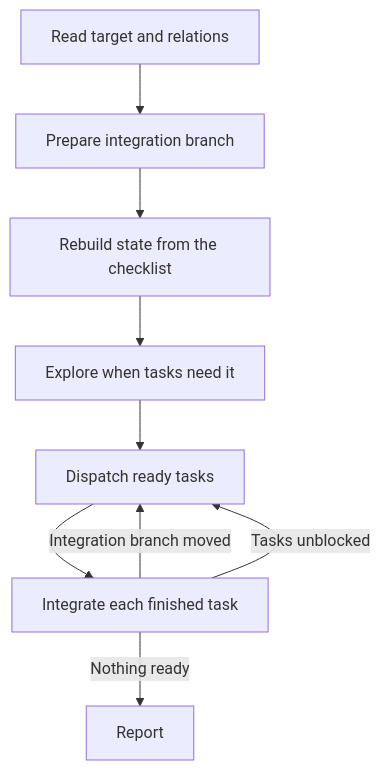
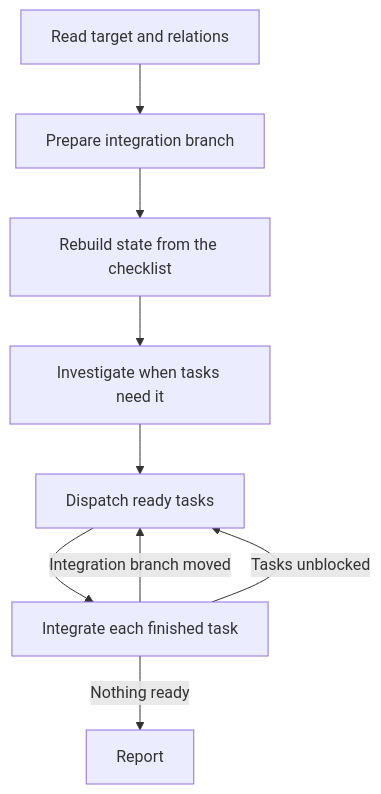
The diagram in skills/engineering/implement/README.md (adeonir/agent-skills), drawn with Mermaid before and after one commit. The commit also changed other lines of this file and 2 other files, not shown here.

````diff
--- a/skills/engineering/implement/README.md
+++ b/skills/engineering/implement/README.md
@@ -7,11 +7,11 @@
 ```mermaid
 flowchart TD
     A[Read target and relations] --> B[Prepare integration branch]
     B --> C[Rebuild state from the checklist]
-    C --> D[Explore when tasks need it]
+    C --> D[Investigate when tasks need it]
     D --> E[Dispatch ready tasks]
     E --> F[Integrate each finished task]
     F -->|Integration branch moved| E
     F -->|Tasks unblocked| E
     F -->|Nothing ready| G[Report]
 ```
````
